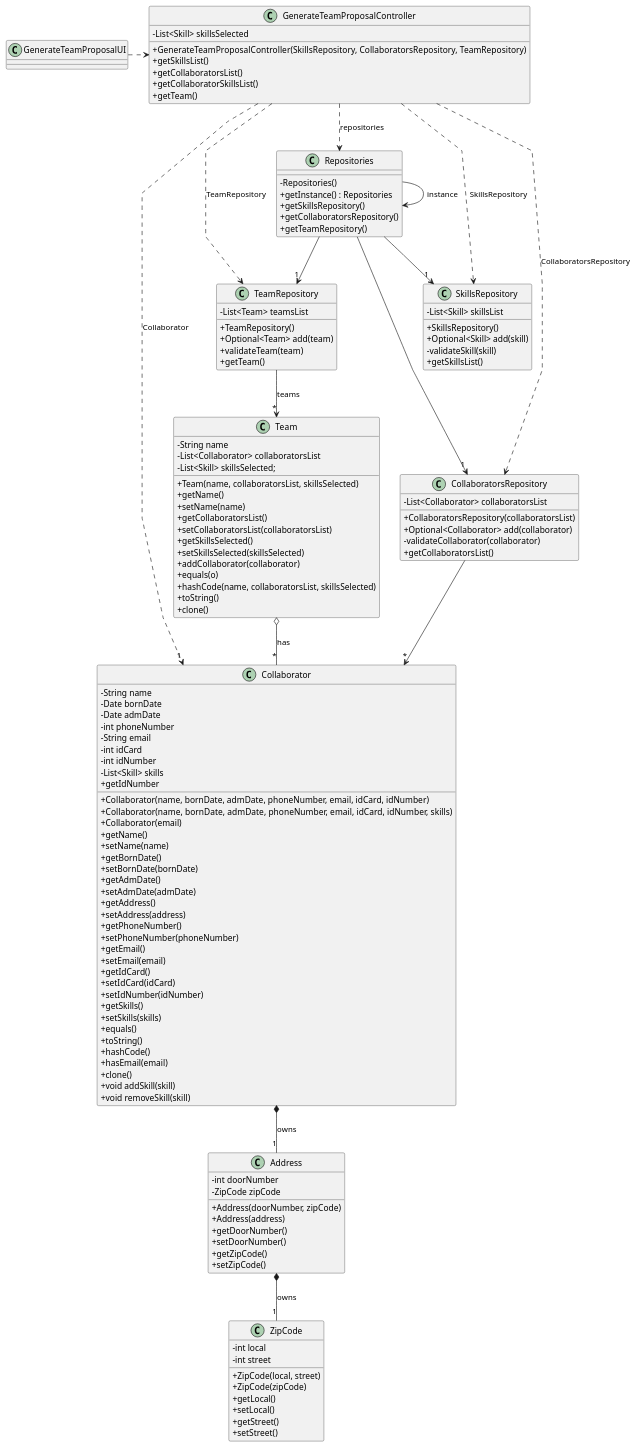
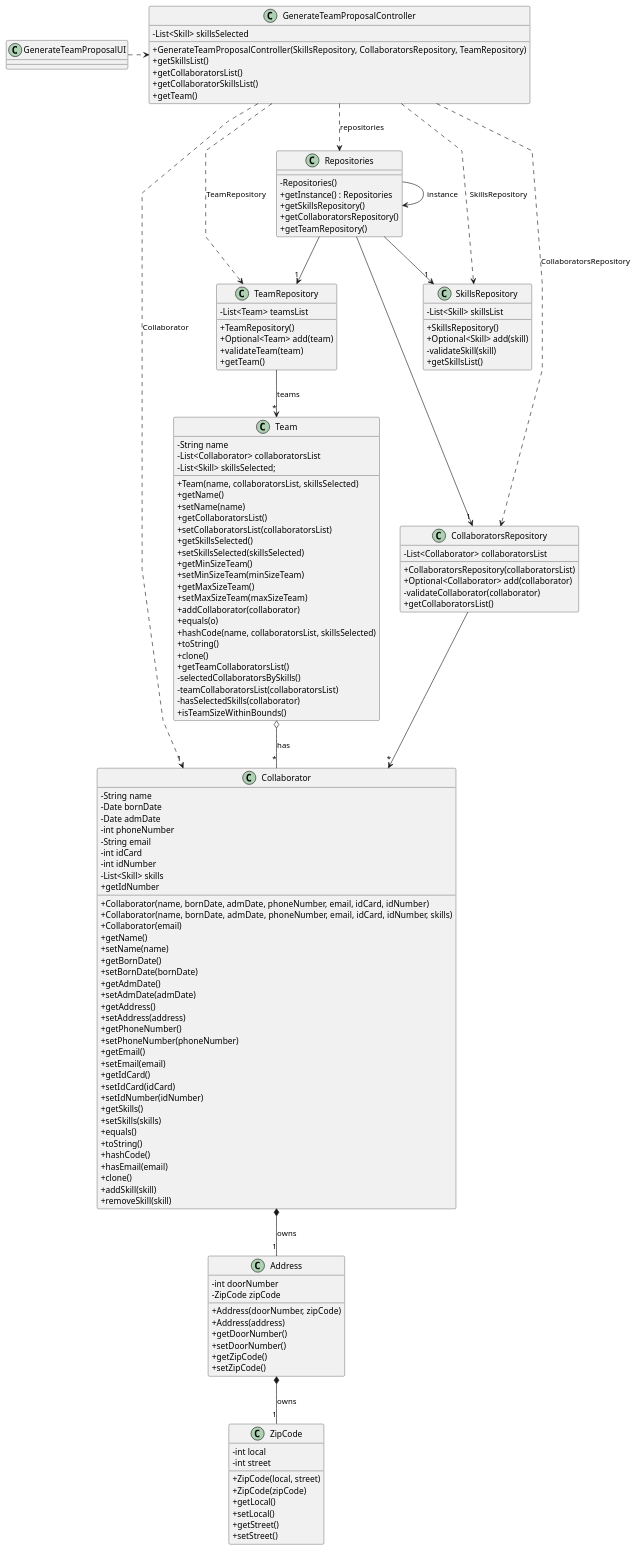
The diagram in docs/sprint2/us005/03.design/puml/us005-class-diagram.puml (1231360-ISEP/lei-24-s2-1db-g021), drawn with PlantUML before and after one commit. The commit also changed 1 other file, not shown here.

Commit message:
Update US05 - Class Diagram and SVG

```diff
--- a/docs/sprint2/us005/03.design/puml/us005-class-diagram.puml
+++ b/docs/sprint2/us005/03.design/puml/us005-class-diagram.puml
@@ -1,155 +1,164 @@
 @startuml
 skinparam packageStyle rectangle
 skinparam shadowing false
 skinparam linetype polyline
 
 skinparam classAttributeIconSize 0
 
 
 class GenerateTeamProposalUI {
 }
 
 class GenerateTeamProposalController {
     - List<Skill> skillsSelected
     + GenerateTeamProposalController(SkillsRepository, CollaboratorsRepository, TeamRepository)
     + getSkillsList()
     + getCollaboratorsList()
     + getCollaboratorSkillsList()
     + getTeam()
 }
 
 class Collaborator {
     - String name
     - Date bornDate
     - Date admDate
     - int phoneNumber
     - String email
     - int idCard
     - int idNumber
     - List<Skill> skills
     + Collaborator(name, bornDate, admDate, phoneNumber, email, idCard, idNumber)
     + Collaborator(name, bornDate, admDate, phoneNumber, email, idCard, idNumber, skills)
     + Collaborator(email)
     + getName()
     + setName(name)
     + getBornDate()
     + setBornDate(bornDate)
     + getAdmDate()
     + setAdmDate(admDate)
     + getAddress()
     + setAddress(address)
     + getPhoneNumber()
     + setPhoneNumber(phoneNumber)
     + getEmail()
     + setEmail(email)
     + getIdCard()
     + setIdCard(idCard)
     + getIdNumber
     + setIdNumber(idNumber)
     + getSkills()
     + setSkills(skills)
     + equals()
     + toString()
     + hashCode()
     + hasEmail(email)
     + clone()
-    + void addSkill(skill)
-    + void removeSkill(skill)
+    + addSkill(skill)
+    + removeSkill(skill)
 }
 
 class Repositories {
     - Repositories()
     + getInstance() : Repositories
     + getSkillsRepository()
     + getCollaboratorsRepository()
     + getTeamRepository()
 }
 
 class CollaboratorsRepository {
     - List<Collaborator> collaboratorsList
     + CollaboratorsRepository(collaboratorsList)
     + Optional<Collaborator> add(collaborator)
     - validateCollaborator(collaborator)
     + getCollaboratorsList()
 }
 
 class SkillsRepository {
     - List<Skill> skillsList
     + SkillsRepository()
     + Optional<Skill> add(skill)
     - validateSkill(skill)
     + getSkillsList()
 }
 
 class Address {
     - int doorNumber
     - ZipCode zipCode
     + Address(doorNumber, zipCode)
     + Address(address)
     + getDoorNumber()
     + setDoorNumber()
     + getZipCode()
     + setZipCode()
 }
 
 class ZipCode {
     - int local
     - int street
     + ZipCode(local, street)
     + ZipCode(zipCode)
     + getLocal()
     + setLocal()
     + getStreet()
     + setStreet()
 }
 
 class TeamRepository {
     - List<Team> teamsList
     + TeamRepository()
     + Optional<Team> add(team)
     + validateTeam(team)
     + getTeam()
 }
 
 class Team {
     - String name
     - List<Collaborator> collaboratorsList
     - List<Skill> skillsSelected;
     + Team(name, collaboratorsList, skillsSelected)
     + getName()
     + setName(name)
     + getCollaboratorsList()
     + setCollaboratorsList(collaboratorsList)
     + getSkillsSelected()
     + setSkillsSelected(skillsSelected)
+    + getMinSizeTeam()
+    + setMinSizeTeam(minSizeTeam)
+    + getMaxSizeTeam()
+    + setMaxSizeTeam(maxSizeTeam)
     + addCollaborator(collaborator)
     + equals(o)
     + hashCode(name, collaboratorsList, skillsSelected)
     + toString()
     + clone()
+    + getTeamCollaboratorsList()
+    - selectedCollaboratorsBySkills()
+    - teamCollaboratorsList(collaboratorsList)
+    - hasSelectedSkills(collaborator)
+    + isTeamSizeWithinBounds()
 }
 
 
 Repositories -> Repositories : instance
 
 GenerateTeamProposalUI .> GenerateTeamProposalController
 
 Repositories --> "1" TeamRepository
 Repositories --> "1" CollaboratorsRepository
 Repositories --> "1" SkillsRepository
 
 GenerateTeamProposalController ...> CollaboratorsRepository: CollaboratorsRepository
 GenerateTeamProposalController ...> SkillsRepository: SkillsRepository
 GenerateTeamProposalController ...> TeamRepository : TeamRepository
 GenerateTeamProposalController .> Repositories : repositories
 GenerateTeamProposalController ...> "1" Collaborator : Collaborator
 
 TeamRepository --> "*" Team : teams
 Team o-- "*" Collaborator : has
 
 CollaboratorsRepository --> "*" Collaborator
 
 Collaborator *-- "1" Address : owns
 Address *-- "1" ZipCode : owns
 
 @enduml
```
